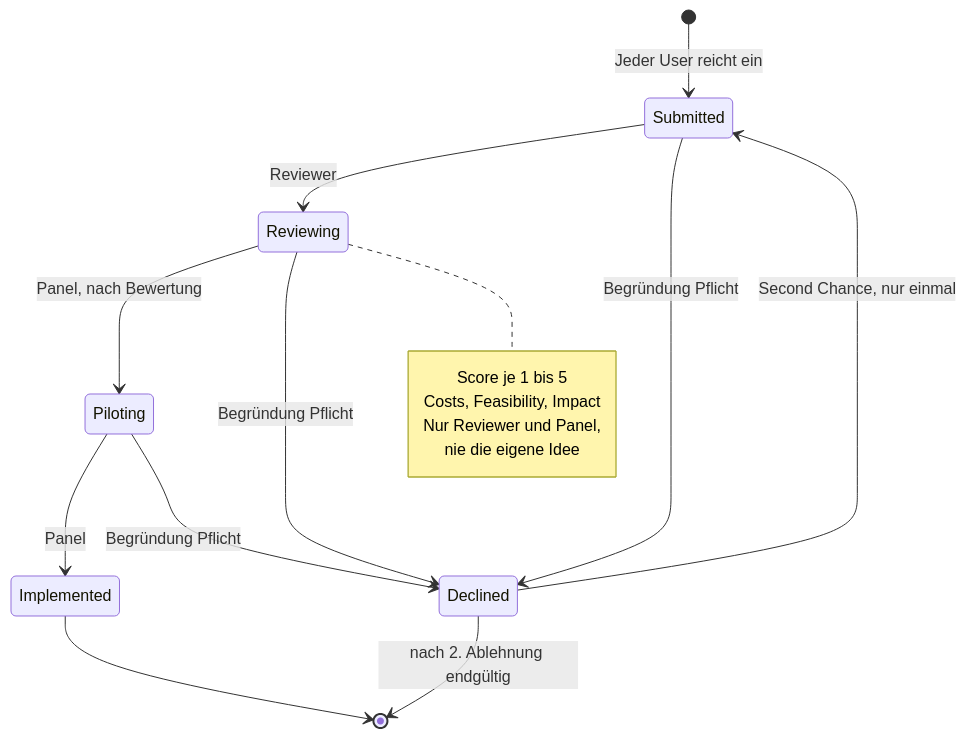
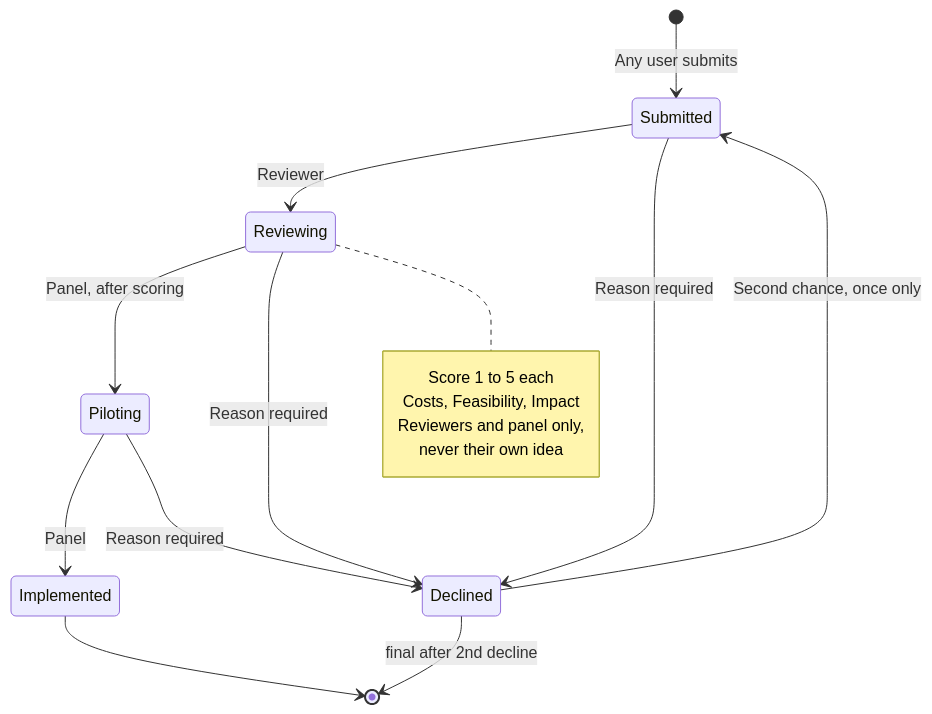
Before and after one commit to mistakanista/ideaforge: the fifth of 5 diagrams in design/UserJourney/userJourney.md, drawn with Mermaid. The commit also changed other lines of this file, not shown here.

Commit message:
translate user journey to english

````diff
--- a/design/UserJourney/userJourney.md
+++ b/design/UserJourney/userJourney.md
@@ -181,22 +181,22 @@
 ```mermaid
 stateDiagram-v2
-    [*] --> Submitted : Jeder User reicht ein
+    [*] --> Submitted : Any user submits
     Submitted --> Reviewing : Reviewer
-    Reviewing --> Piloting : Panel, nach Bewertung
+    Reviewing --> Piloting : Panel, after scoring
     Piloting --> Implemented : Panel
     Implemented --> [*]
 
-    Submitted --> Declined : Begründung Pflicht
-    Reviewing --> Declined : Begründung Pflicht
-    Piloting --> Declined : Begründung Pflicht
+    Submitted --> Declined : Reason required
+    Reviewing --> Declined : Reason required
+    Piloting --> Declined : Reason required
 
-    Declined --> Submitted : Second Chance, nur einmal
-    Declined --> [*] : nach 2. Ablehnung endgültig
+    Declined --> Submitted : Second chance, once only
+    Declined --> [*] : final after 2nd decline
 
     note right of Reviewing
-        Score je 1 bis 5
+        Score 1 to 5 each
         Costs, Feasibility, Impact
-        Nur Reviewer und Panel,
-        nie die eigene Idee
+        Reviewers and panel only,
+        never their own idea
     end note
 ```
````
